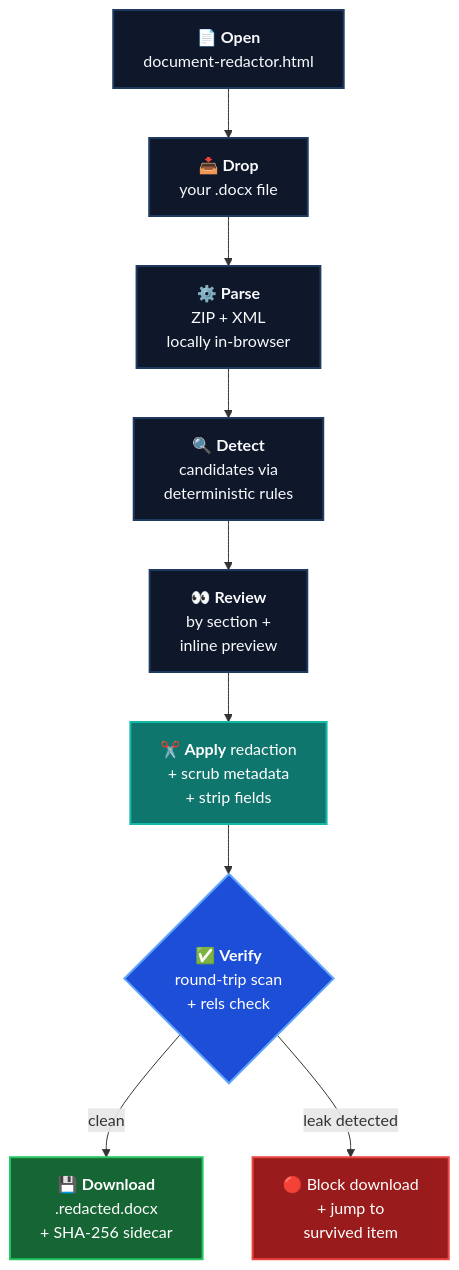
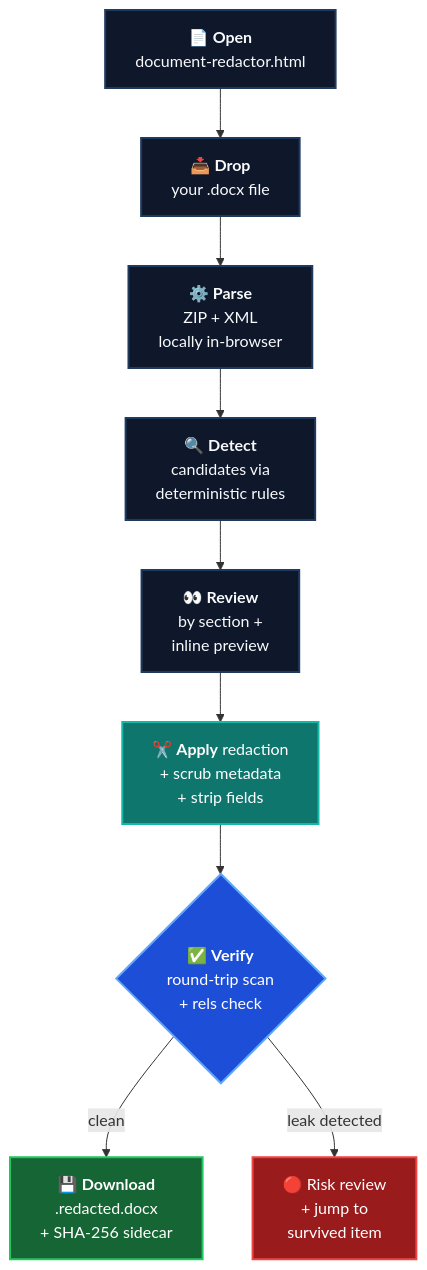
One commit to lowtidebuild/document-redactor changed the diagram in README.md. Above: the diagram before and after it, drawn with Mermaid. The commit also changed other lines of this file and 20 other files, not shown here.

````diff
--- a/README.md
+++ b/README.md
@@ -120,21 +127,21 @@
 ```mermaid
 flowchart TD
     A["📄 <b>Open</b><br/>document-redactor.html"] --> B["📥 <b>Drop</b><br/>your .docx file"]
     B --> C["⚙️ <b>Parse</b><br/>ZIP + XML<br/>locally in-browser"]
     C --> D["🔍 <b>Detect</b><br/>candidates via<br/>deterministic rules"]
     D --> E["👀 <b>Review</b><br/>by section +<br/>inline preview"]
     E --> F["✂️ <b>Apply</b> redaction<br/>+ scrub metadata<br/>+ strip fields"]
     F --> G{"✅ <b>Verify</b><br/>round-trip scan<br/>+ rels check"}
     G -->|clean| H["💾 <b>Download</b><br/>.redacted.docx<br/>+ SHA-256 sidecar"]
-    G -->|leak detected| I["🔴 Block download<br/>+ jump to<br/>survived item"]
+    G -->|leak detected| I["🔴 Risk review<br/>+ jump to<br/>survived item"]
 
     classDef default fill:#0f172a,stroke:#1e3a5f,stroke-width:2px,color:#f8fafc;
     classDef action fill:#0f766e,stroke:#14b8a6,color:#ffffff;
     classDef verify fill:#1d4ed8,stroke:#60a5fa,color:#ffffff;
     classDef success fill:#166534,stroke:#22c55e,color:#ffffff;
     classDef fail fill:#991b1b,stroke:#ef4444,color:#ffffff;
     class F action;
     class G verify;
     class H success;
     class I fail;
 ```
````
